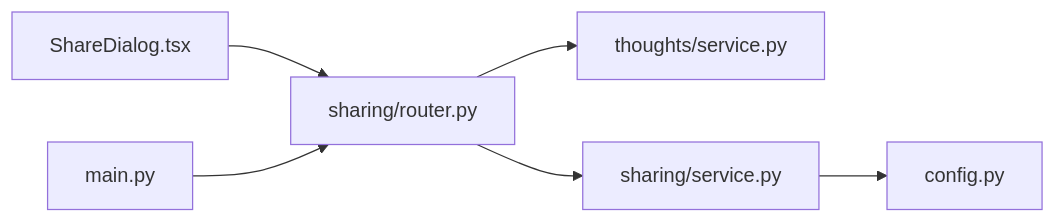
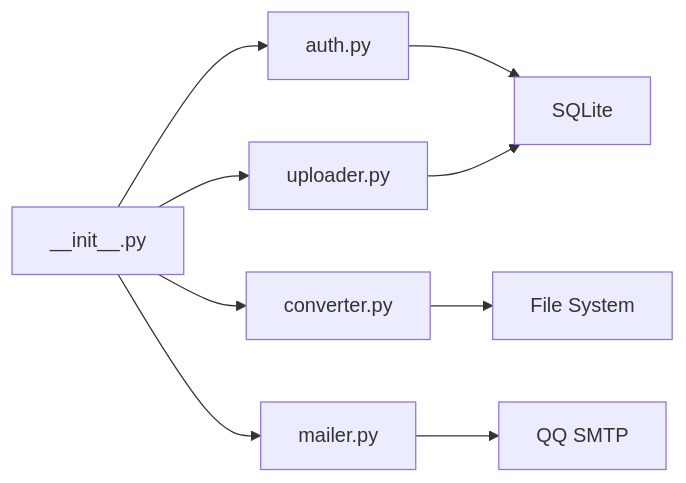
The sixth of 6 diagrams in .qoder/repowiki/en/content/Backend Application/Social Sharing.md (PolarisW007/PolaZhenJing), drawn with Mermaid before and after one commit. The commit also changed other lines of this file and 153 other files, not shown here.

````diff
--- a/.qoder/repowiki/en/content/Backend Application/Social Sharing.md
+++ b/.qoder/repowiki/en/content/Backend Application/Social Sharing.md
@@ -262,8 +226,11 @@
 ```mermaid
 graph LR
-FE["ShareDialog.tsx"] --> API["sharing/router.py"]
-API --> TH["thoughts/service.py"]
-API --> SRV["sharing/service.py"]
-SRV --> CFG["config.py"]
-MAIN["main.py"] --> API
+AUTH["auth.py"] --> DB["SQLite"]
+UP["uploader.py"] --> DB
+CONV["converter.py"] --> FS["File System"]
+MAIL["mailer.py"] --> SMTP["QQ SMTP"]
+APP["__init__.py"] --> AUTH
+APP --> UP
+APP --> CONV
+APP --> MAIL
 ```
````
